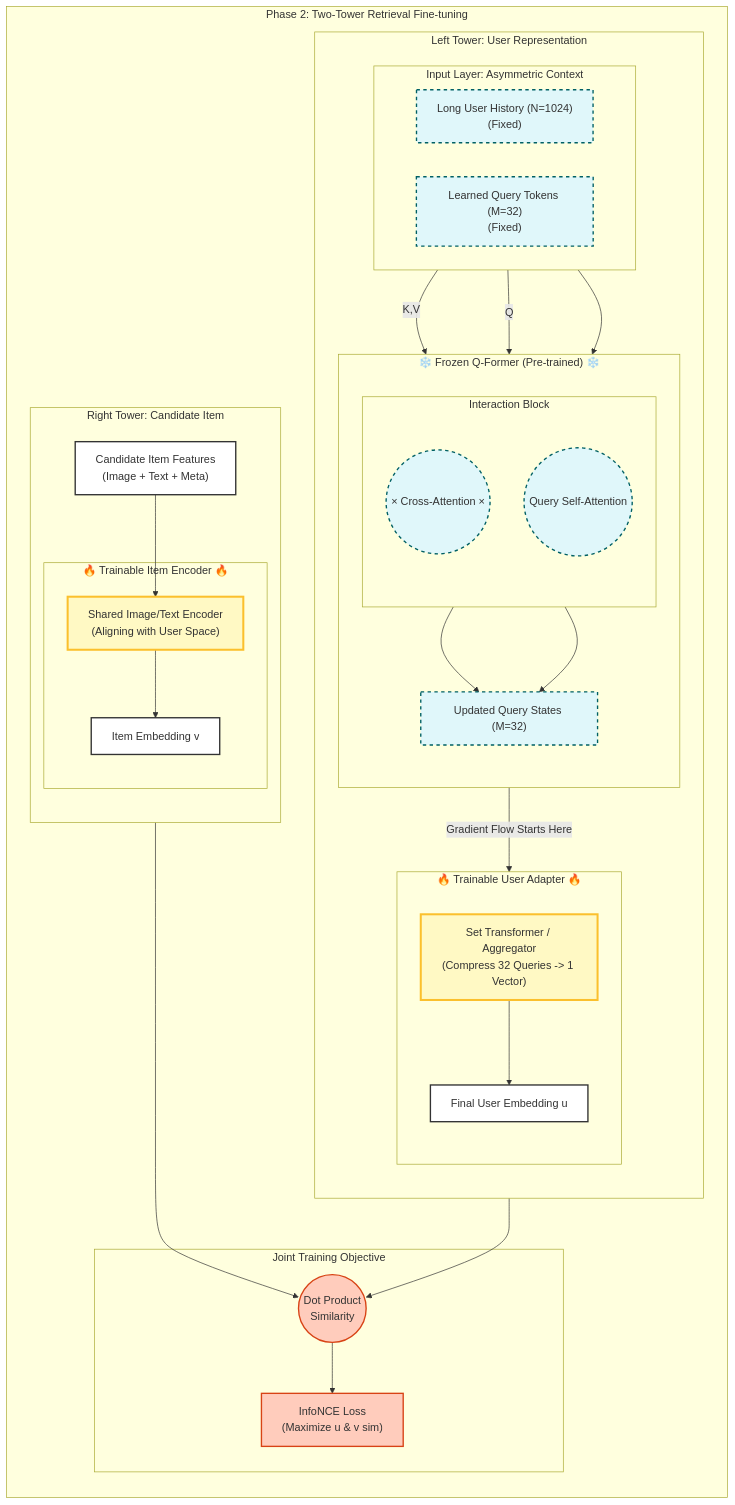
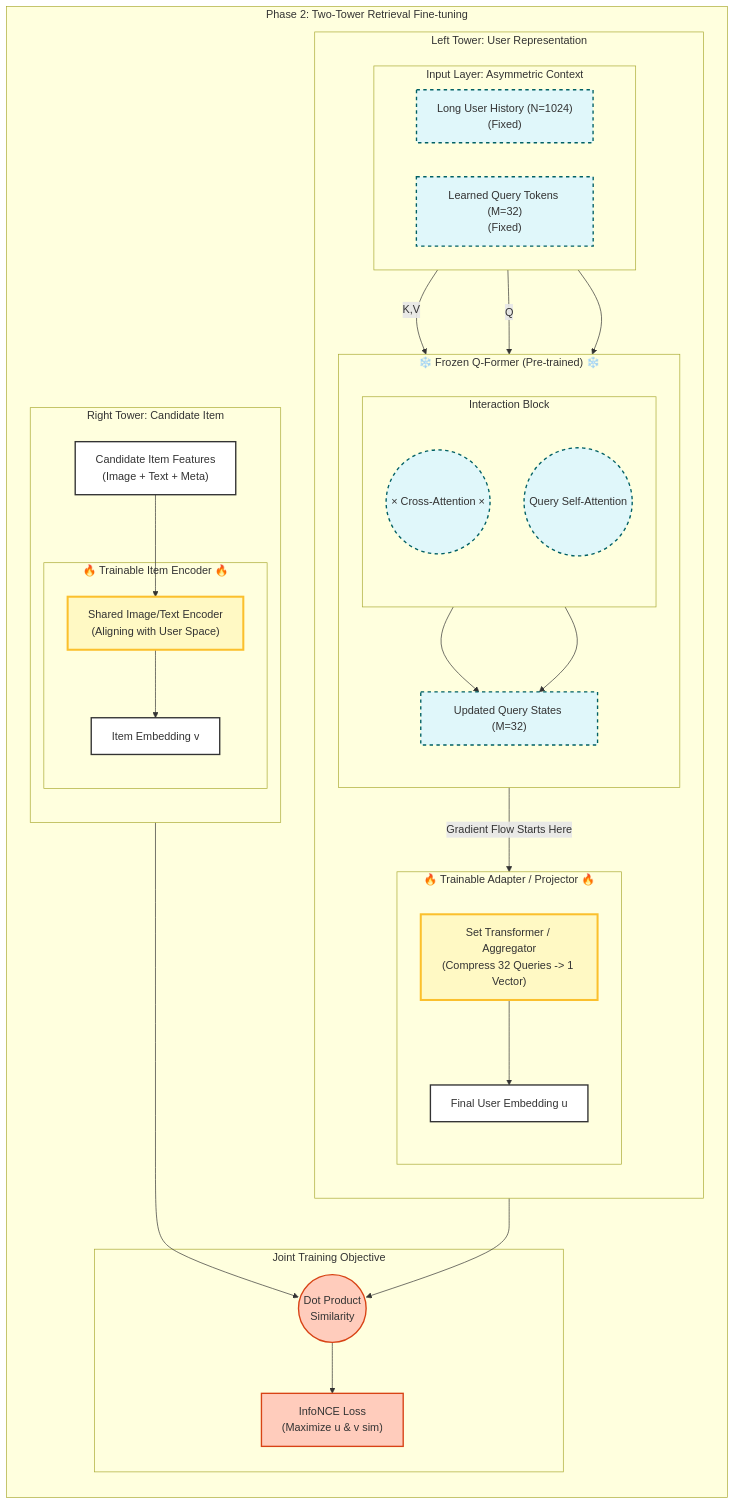
The second of 6 diagrams in doc.markdown (Jack31098/user_modeling_design), drawn with Mermaid before and after one commit. The commit also changed other lines of this file, not shown here.

````diff
--- a/doc.markdown
+++ b/doc.markdown
@@ -236,81 +236,81 @@
 ```mermaid
 graph TB
     %% ============ Styles Definition ============
     classDef frozen_block fill:#e0f7fa,stroke:#006064,stroke-width:2px,stroke-dasharray: 5 5;
     classDef trainable_block fill:#fff9c4,stroke:#fbc02d,stroke-width:3px;
     classDef vector_node fill:#fff,stroke:#333,stroke-width:2px;
     classDef loss_node fill:#ffccbc,stroke:#d84315,stroke-width:2px;
     
     subgraph Phase2_Architecture ["Phase 2: Two-Tower Retrieval Fine-tuning"]
         direction TB
 
         %% ============ LEFT TOWER: USER SIDE ============
         subgraph User_Tower ["Left Tower: User Representation"]
             direction TB
             
             %% 1. Input Layer (Mirroring Phase 1)
             subgraph Input_Layer [Input Layer: Asymmetric Context]
                 direction LR
                 ItemSeq["Long User History (N=1024)<br/>(Fixed)"]:::frozen_block
                 QueryTokens["Learned Query Tokens (M=32)<br/>(Fixed)"]:::frozen_block
             end
             
             %% 2. The Frozen Brain (Phase 1 Result)
             subgraph Frozen_QFormer ["❄️ Frozen Q-Former (Pre-trained) ❄️"]
                 direction TB
                 
                 %% Using structure from Phase 1
                 subgraph Attention_Mechanism ["Interaction Block"]
                     direction TB
                     CrossAttn(("&times; Cross-Attention &times;")):::frozen_block
                     SelfAttn(("Query Self-Attention")):::frozen_block
                 end
                 
                 UpdatedQueries["Updated Query States (M=32)"]:::frozen_block
             end
             
             %% 3. The Trainable Adapter (The "Neck")
-            subgraph User_Adapter ["🔥 Trainable User Adapter 🔥"]
+            subgraph User_Adapter ["🔥 Trainable Adapter / Projector 🔥"]
                 direction TB
                 FFN_User["Set Transformer / Aggregator<br/>(Compress 32 Queries -> 1 Vector)"]:::trainable_block
                 User_Emb["Final User Embedding u"]:::vector_node
             end
         end
 
         %% Connections Left
         ItemSeq -- "K,V" --> CrossAttn
         QueryTokens -- "Q" --> CrossAttn
         QueryTokens --> SelfAttn
         
         CrossAttn --> UpdatedQueries
         SelfAttn --> UpdatedQueries
         UpdatedQueries -- "Gradient Flow Starts Here" --> FFN_User --> User_Emb
 
         %% ============ RIGHT TOWER: ITEM SIDE ============
         subgraph Item_Tower ["Right Tower: Candidate Item"]
             direction TB
             
             Target_Item["Candidate Item Features<br/>(Image + Text + Meta)"]:::vector_node
             
             subgraph Item_Encoder ["🔥 Trainable Item Encoder 🔥"]
                 Enc_Layer["Shared Image/Text Encoder<br/>(Aligning with User Space)"]:::trainable_block
                 Item_Emb["Item Embedding v"]:::vector_node
             end
         end
 
         %% Connections Right
         Target_Item --> Enc_Layer --> Item_Emb
 
         %% ============ INTERACTION: CONTRASTIVE LOSS ============
         subgraph Loss_Layer ["Joint Training Objective"]
             DotProd(("Dot Product<br/>Similarity")):::loss_node
             NCE_Loss["InfoNCE Loss<br/>(Maximize u & v sim)"]:::loss_node
         end
 
         %% Crossing Streams
         User_Emb --> DotProd
         Item_Emb --> DotProd
         DotProd --> NCE_Loss
 
     end
 ```
````
